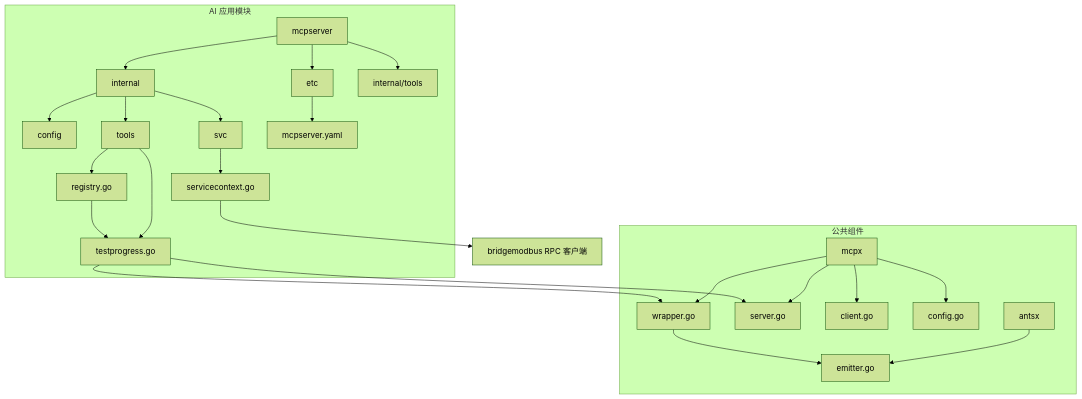
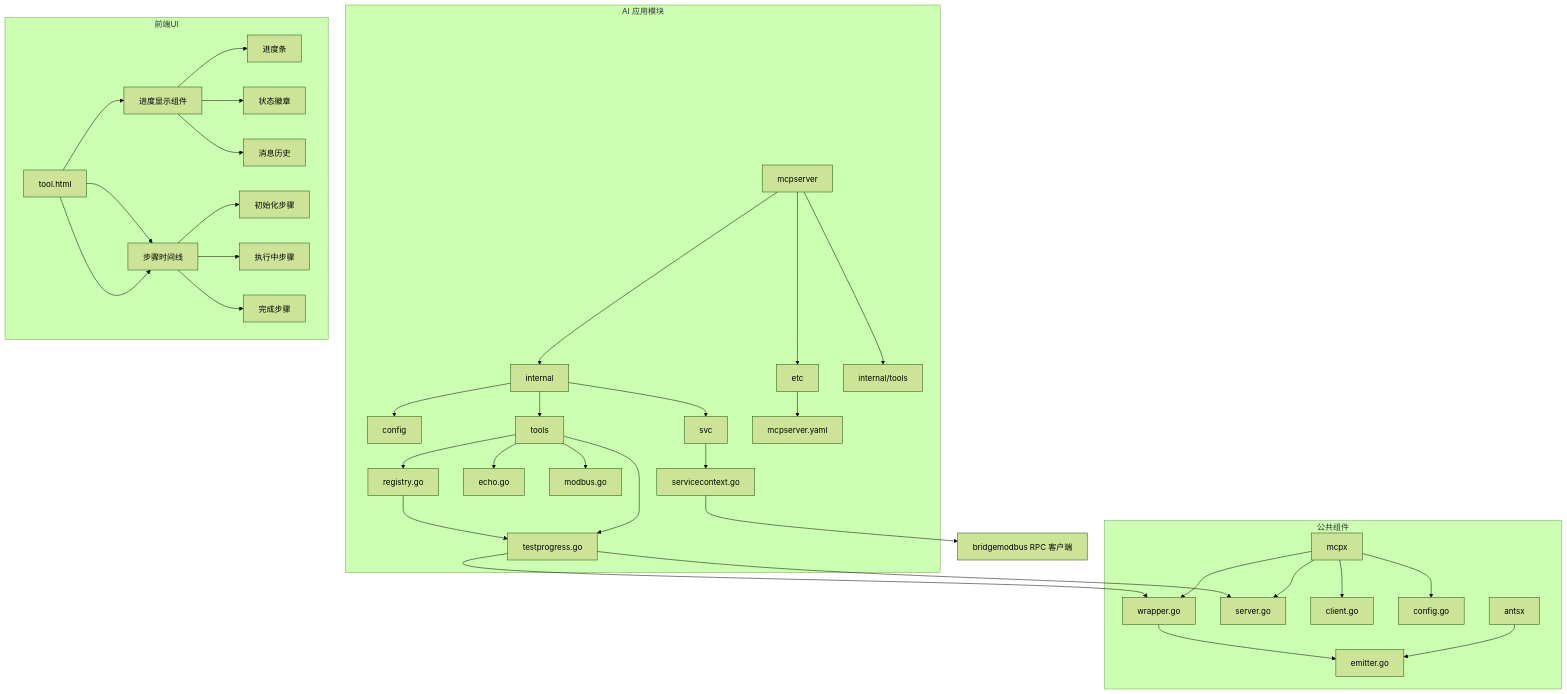
One commit to maomao94/zero-service changed the first of 9 diagrams in .qoder/repowiki/zh/content/Test Progress Tool.md. Above: the diagram before and after it, drawn with Mermaid (forest theme). The commit also changed other lines of this file and 58 other files, not shown here.

````diff
--- a/.qoder/repowiki/zh/content/Test Progress Tool.md
+++ b/.qoder/repowiki/zh/content/Test Progress Tool.md
@@ -51,27 +64,40 @@
 ```mermaid
 graph TB
 subgraph "AI 应用模块"
 A[mcpserver] --> B[internal]
 A --> C[etc]
 A --> D[internal/tools]
 B --> E[config]
 B --> F[svc]
 B --> G[tools]
 G --> H[testprogress.go]
 G --> I[registry.go]
-F --> J[servicecontext.go]
-C --> K[mcpserver.yaml]
+G --> J[echo.go]
+G --> K[modbus.go]
+F --> L[servicecontext.go]
+C --> M[mcpserver.yaml]
 end
 subgraph "公共组件"
-L[mcpx] --> M[wrapper.go]
-L --> N[server.go]
-L --> O[client.go]
-L --> P[config.go]
-Q[antsx] --> R[emitter.go]
-M --> R
+N[mcpx] --> O[wrapper.go]
+N --> P[server.go]
+N --> Q[client.go]
+N --> R[config.go]
+S[antsx] --> T[emitter.go]
+O --> T
 end
-H --> M
-H --> N
+subgraph "前端UI"
+U[tool.html] --> V[进度显示组件]
+V --> W[进度条]
+V --> X[状态徽章]
+V --> Y[消息历史]
+U --> AA[步骤时间线]
+AA --> AB[初始化步骤]
+AA --> AC[执行中步骤]
+AA --> AD[完成步骤]
+end
+H --> O
+H --> P
 I --> H
-J --> S[bridgemodbus RPC 客户端]
+L --> Z[bridgemodbus RPC 客户端]
+U --> AA
 ```
````
